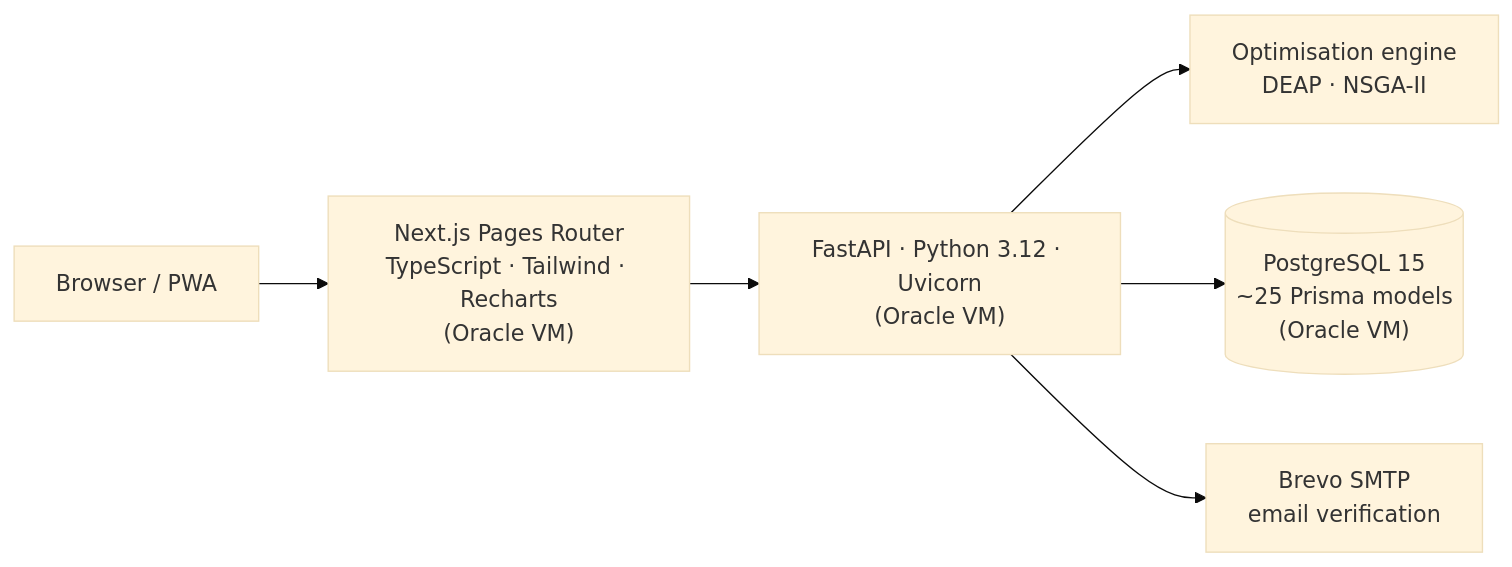
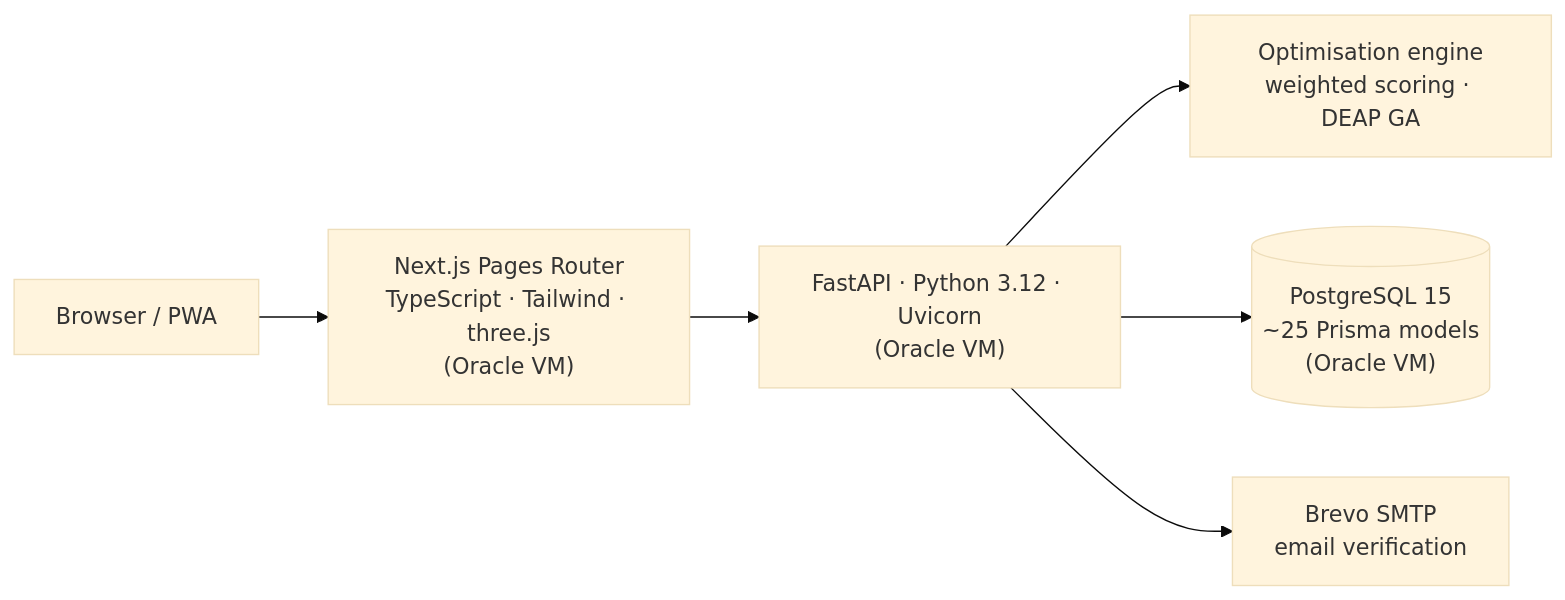
Before and after one commit to igor-vuta/intelli-factory: the diagram in README.md, drawn with Mermaid (base theme). The commit also changed other lines of this file and 1 other file, not shown here.

````diff
--- a/README.md
+++ b/README.md
@@ -127,8 +130,8 @@
 ```mermaid
 flowchart LR
-    U[Browser / PWA] --> FE["Next.js Pages Router<br/>TypeScript · Tailwind · Recharts<br/>(Oracle VM)"]
+    U[Browser / PWA] --> FE["Next.js Pages Router<br/>TypeScript · Tailwind · three.js<br/>(Oracle VM)"]
     FE --> API["FastAPI · Python 3.12 · Uvicorn<br/>(Oracle VM)"]
-    API --> ENGINE["Optimisation engine<br/>DEAP · NSGA-II"]
+    API --> ENGINE["Optimisation engine<br/>weighted scoring · DEAP GA"]
     API --> DB[("PostgreSQL 15<br/>~25 Prisma models<br/>(Oracle VM)")]
     API --> MAIL["Brevo SMTP<br/>email verification"]
 ```
````
